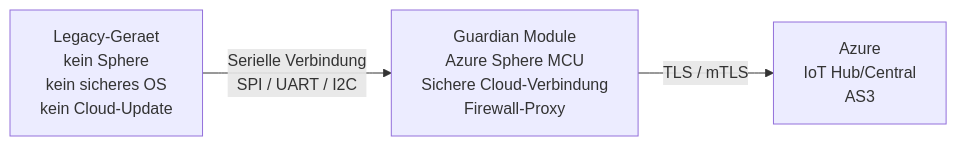
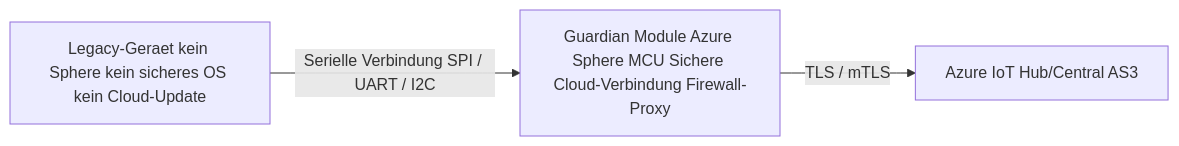
Before and after one commit to SoniiiT/notes-n-docs: the second of 6 diagrams in Microsoft 365/Azure/IoT/Azure Sphere.md, drawn with Mermaid. The commit also changed other lines of this file and 124 other files, not shown here.

First line of the commit message:
fix: Entferne \n aus allen Mermaid-Diagrammen (125 Dateien)

````diff
--- a/Microsoft 365/Azure/IoT/Azure Sphere.md
+++ b/Microsoft 365/Azure/IoT/Azure Sphere.md
@@ -72,8 +72,8 @@
 ```mermaid
 graph LR
-    Legacy["Legacy-Geraet\nkein Sphere\nkein sicheres OS\nkein Cloud-Update"]
-    GM["Guardian Module\nAzure Sphere MCU\nSichere Cloud-Verbindung\nFirewall-Proxy"]
-    Cloud["Azure\nIoT Hub/Central\nAS3"]
-    Legacy -->|Serielle Verbindung\nSPI / UART / I2C| GM
+    Legacy["Legacy-Geraet kein Sphere kein sicheres OS kein Cloud-Update"]
+    GM["Guardian Module Azure Sphere MCU Sichere Cloud-Verbindung Firewall-Proxy"]
+    Cloud["Azure IoT Hub/Central AS3"]
+    Legacy -->|Serielle Verbindung SPI / UART / I2C| GM
     GM -->|TLS / mTLS| Cloud
 ```
````
